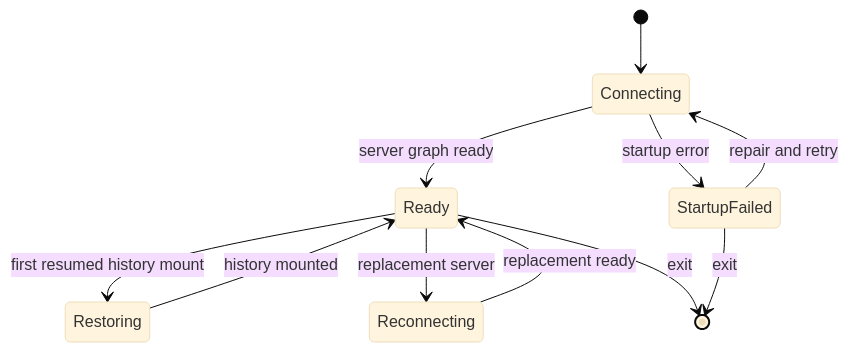
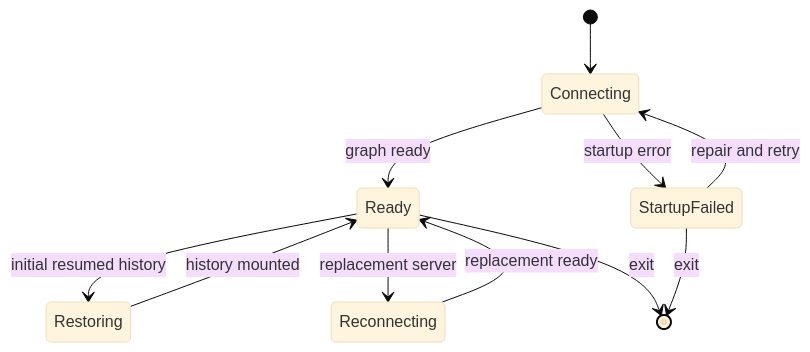
One commit to langchain-ai/deepagents changed the third of 3 diagrams in openwiki/workflows/run-dcode-session.md. Above: the diagram before and after it, drawn with Mermaid (base theme). The commit also changed other lines of this file and 35 other files, not shown here.

````diff
--- a/openwiki/workflows/run-dcode-session.md
+++ b/openwiki/workflows/run-dcode-session.md
@@ -124,13 +147,13 @@
 ```mermaid
 stateDiagram-v2
     [*] --> Connecting
-    Connecting --> Ready: server graph ready
+    Connecting --> Ready: graph ready
     Connecting --> StartupFailed: startup error
-    Ready --> Restoring: first resumed history mount
+    Ready --> Restoring: initial resumed history
     Restoring --> Ready: history mounted
     Ready --> Reconnecting: replacement server
     Reconnecting --> Ready: replacement ready
     StartupFailed --> Connecting: repair and retry
     Ready --> [*]: exit
     StartupFailed --> [*]: exit
 ```
````
